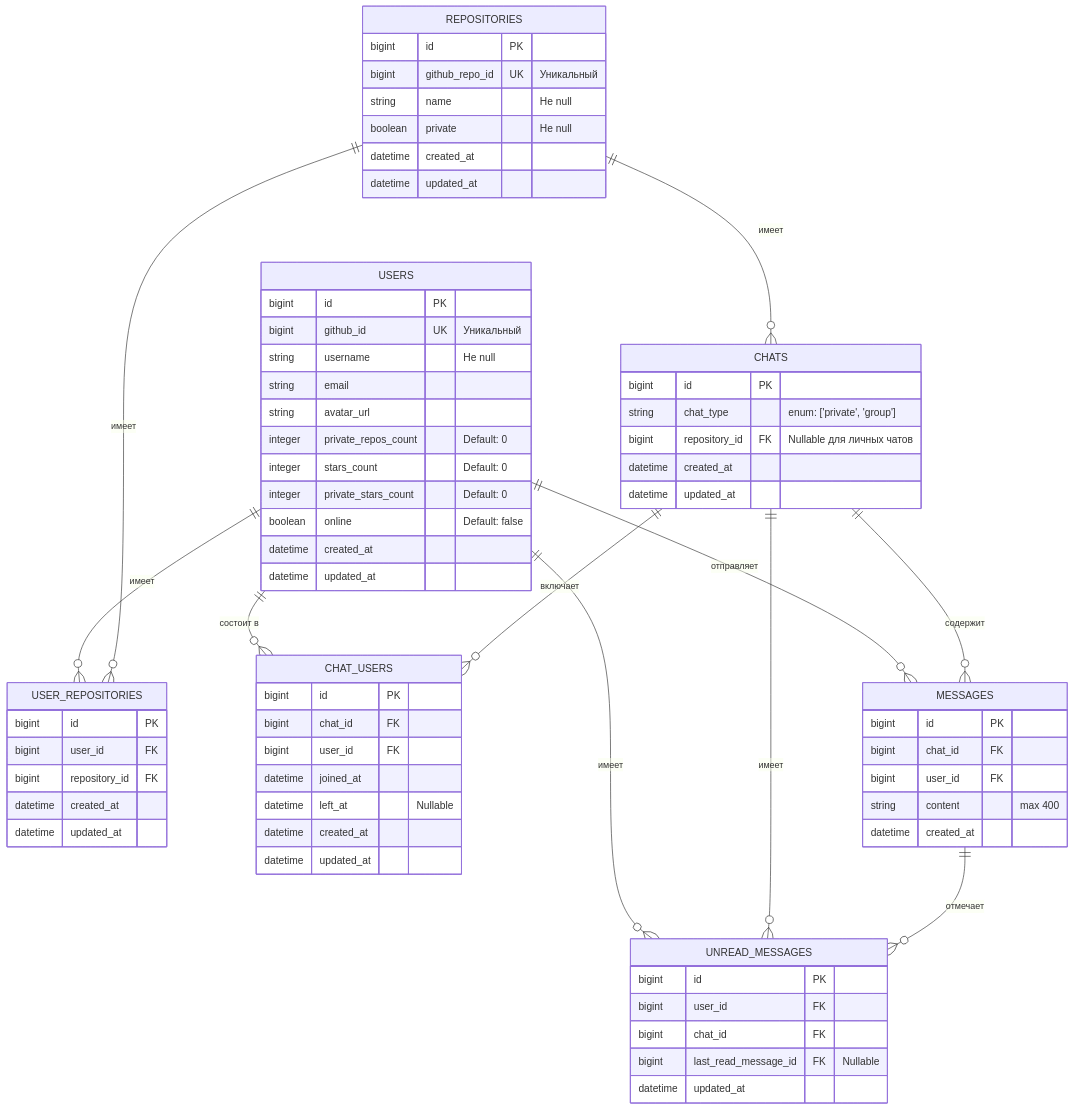
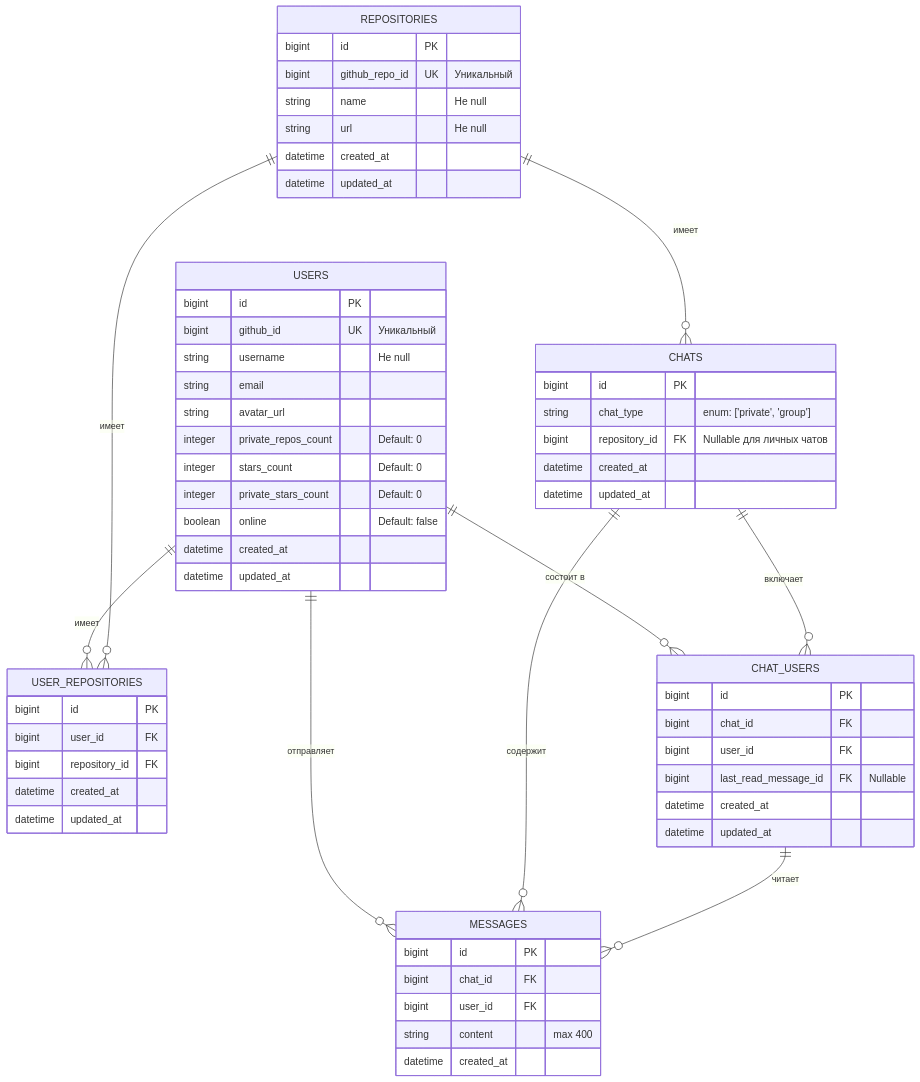
Before and after one commit to thinknetica/workshop_ruby_dev_with_ai: the diagram in memory-bank/diagrams/database_schema.md, drawn with Mermaid. The commit also changed 1 other file, not shown here.

Commit message:
be creative

````diff
--- a/memory-bank/diagrams/database_schema.md
+++ b/memory-bank/diagrams/database_schema.md
@@ -3,78 +3,67 @@
 ```mermaid
 erDiagram
     USERS {
         bigint id PK
         bigint github_id UK "Уникальный"
         string username "Не null"
         string email
         string avatar_url
         integer private_repos_count "Default: 0"
         integer stars_count "Default: 0"
         integer private_stars_count "Default: 0"
         boolean online "Default: false"
         datetime created_at
         datetime updated_at
     }
 
     REPOSITORIES {
         bigint id PK
         bigint github_repo_id UK "Уникальный"
         string name "Не null"
-        boolean private "Не null"
+        string url "Не null"
         datetime created_at
         datetime updated_at
     }
 
     USER_REPOSITORIES {
         bigint id PK
         bigint user_id FK
         bigint repository_id FK
         datetime created_at
         datetime updated_at
     }
 
     CHATS {
         bigint id PK
         string chat_type "enum: ['private', 'group']"
         bigint repository_id FK "Nullable для личных чатов"
         datetime created_at
         datetime updated_at
     }
 
-    CHAT_USERS {
-        bigint id PK
-        bigint chat_id FK
-        bigint user_id FK
-        datetime joined_at
-        datetime left_at "Nullable"
-        datetime created_at
-        datetime updated_at
-    }
-
     MESSAGES {
         bigint id PK
         bigint chat_id FK
         bigint user_id FK
         string content "max 400"
         datetime created_at
     }
 
-    UNREAD_MESSAGES {
+    CHAT_USERS {
         bigint id PK
+        bigint chat_id FK
         bigint user_id FK
-        bigint chat_id FK
         bigint last_read_message_id FK "Nullable"
+        datetime created_at
         datetime updated_at
     }
 
     USERS ||--o{ USER_REPOSITORIES : "имеет"
     REPOSITORIES ||--o{ USER_REPOSITORIES : "имеет"
     REPOSITORIES ||--o{ CHATS : "имеет"
     USERS ||--o{ CHAT_USERS : "состоит в"
     CHATS ||--o{ CHAT_USERS : "включает"
     USERS ||--o{ MESSAGES : "отправляет"
     CHATS ||--o{ MESSAGES : "содержит"
-    USERS ||--o{ UNREAD_MESSAGES : "имеет"
-    CHATS ||--o{ UNREAD_MESSAGES : "имеет"
-    MESSAGES ||--o{ UNREAD_MESSAGES : "отмечает"
+    CHAT_USERS ||--o{ MESSAGES : "читает"
 ```
````
